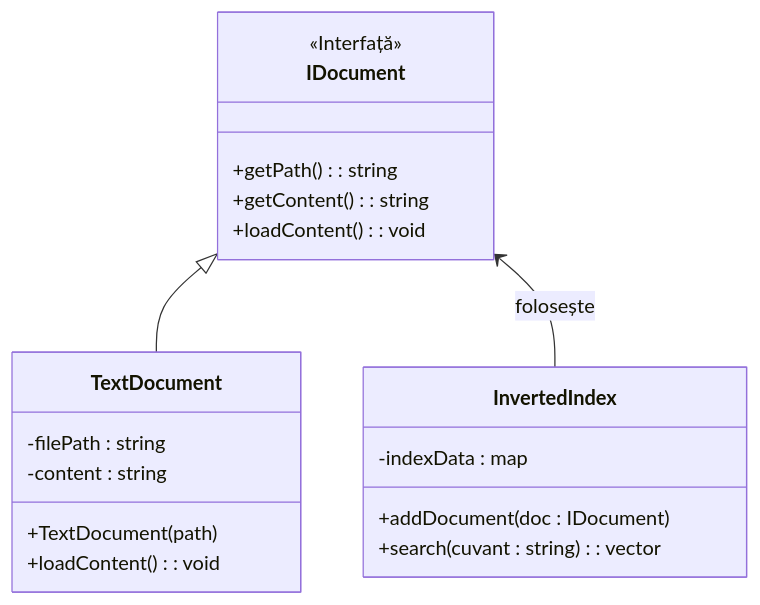
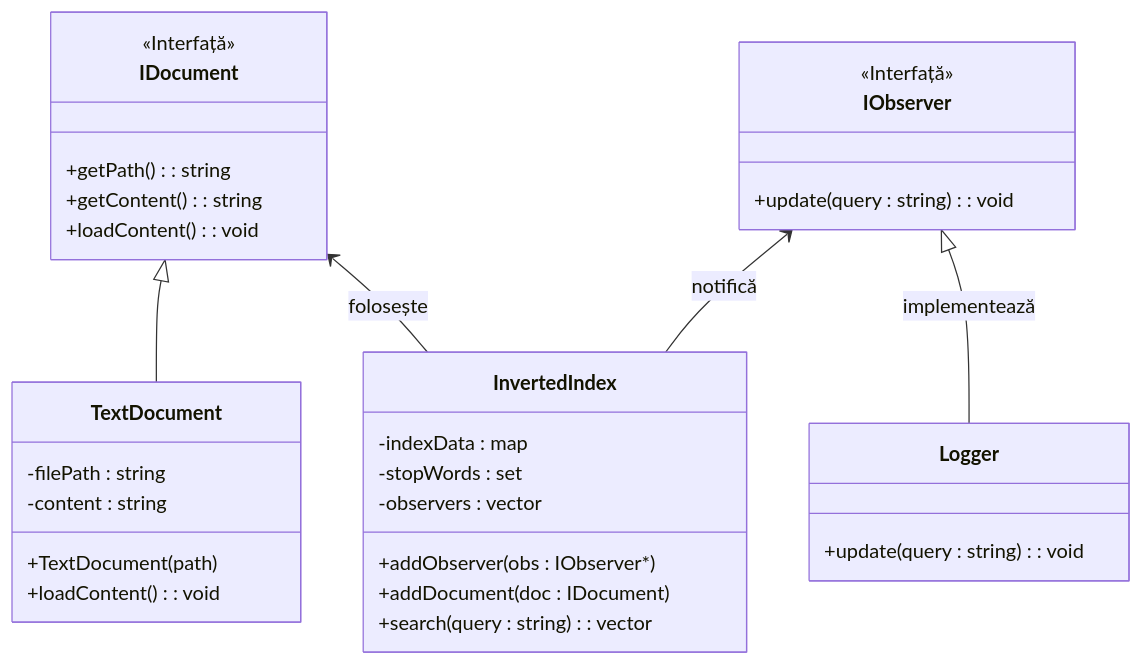
The diagram in README.md (usmro/POO_Alberto_Nichitean_3123B), drawn with Mermaid before and after one commit. The commit also changed other lines of this file and 8 other files, not shown here.

````diff
--- a/README.md
+++ b/README.md
@@ -71,25 +100,39 @@
 ```mermaid
 classDiagram
     class IDocument {
         <<Interfață>>
         +getPath() : string
         +getContent() : string
         +loadContent() : void
     }
     
     class TextDocument {
         -filePath : string
         -content : string
         +TextDocument(path)
         +loadContent() : void
     }
     
     class InvertedIndex {
         -indexData : map
+        -stopWords : set
+        -observers : vector
+        +addObserver(obs : IObserver*)
         +addDocument(doc : IDocument)
-        +search(cuvant : string) : vector
+        +search(query : string) : vector
+    }
+    
+    class IObserver {
+        <<Interfață>>
+        +update(query : string) : void
+    }
+    
+    class Logger {
+        +update(query : string) : void
     }
     
     IDocument <|-- TextDocument
     IDocument <-- InvertedIndex : folosește
+    IObserver <|-- Logger : implementează
+    IObserver <-- InvertedIndex : notifică
 ```
````
